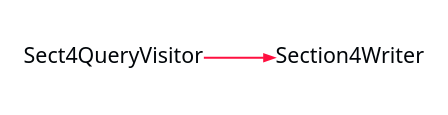
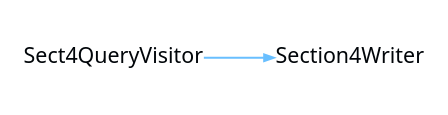
One commit to CharlesCarley/MdDox changed the diagram in Current/images/internal-diagram-21.dot. Above: the diagram before and after it, drawn with Graphviz. The commit also changed 124 other files, not shown here.

```diff
--- a/Current/images/internal-diagram-21.dot
+++ b/Current/images/internal-diagram-21.dot
@@ -1,26 +1,26 @@
 digraph {
  rankdir = "LR"
  bgcolor = none;
  layout  = dot;
  edge [
    arrowsize = "0.5"
-   color     = "#FF1040FF"
+   color     = "#69BFFFFF"
  ]
- W39RrGf[
+ dzdcf2Z[
    shape    = none
    label    = "Sect4QueryVisitor"
    margin   = "0.01"
    fontname = "Segoe UI"
    fontsize = "11"
    fontcolor= "#010509FF"
  ]
- WJ9RrGf[
+ WKYcf2Z[
    shape    = none
    label    = "Section4Writer"
    margin   = "0.01"
    fontname = "Segoe UI"
    fontsize = "11"
    fontcolor= "#010509FF"
  ]
- W39RrGf->WJ9RrGf
+ dzdcf2Z->WKYcf2Z
 }
```
